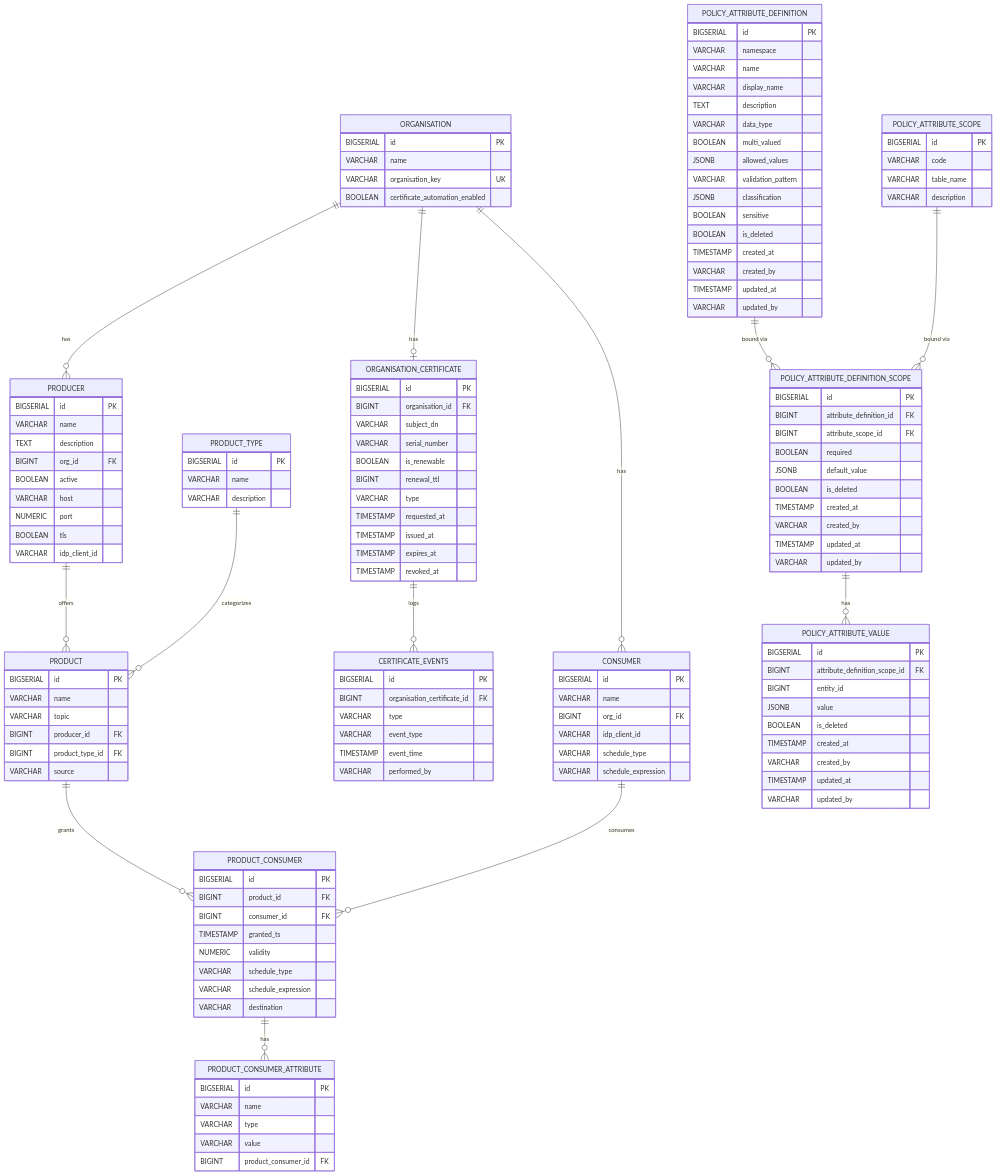
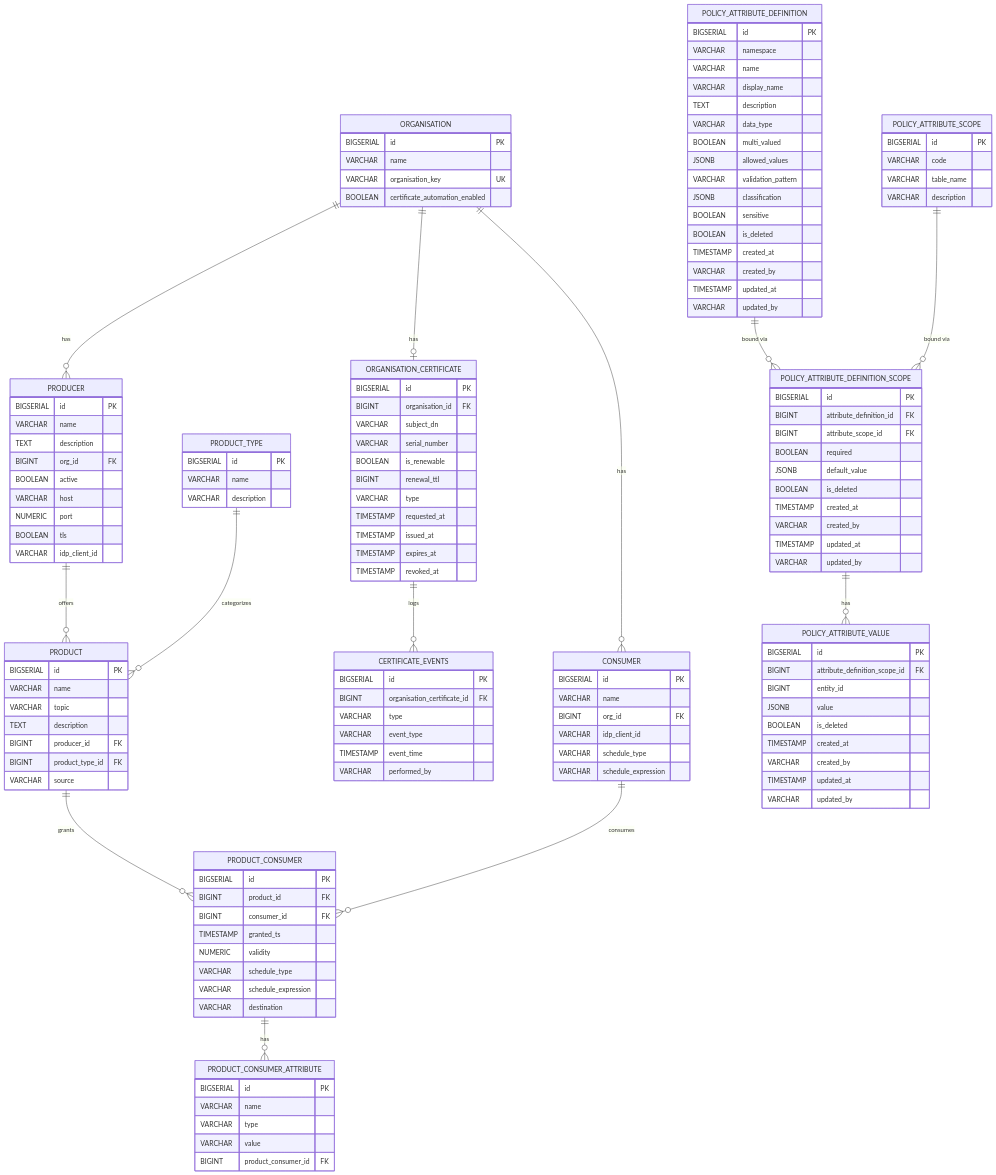
Before and after one commit to National-Node-Net/management-node: the diagram in docs/DATABASE_SCHEMA.md, drawn with Mermaid. The commit also changed other lines of this file and 26 other files, not shown here.

```diff
--- a/docs/DATABASE_SCHEMA.md
+++ b/docs/DATABASE_SCHEMA.md
@@ -78,6 +78,7 @@
     BIGSERIAL id PK
     VARCHAR name
     VARCHAR topic
+    TEXT description
     BIGINT producer_id FK
     BIGINT product_type_id FK
     VARCHAR source
```
